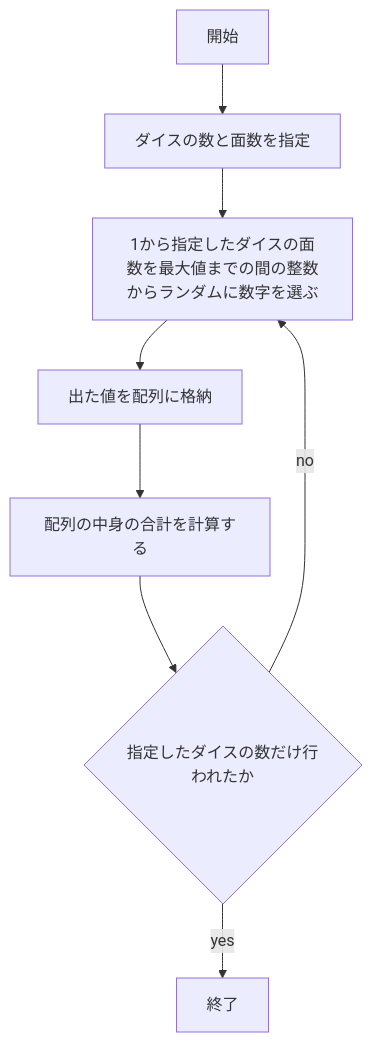
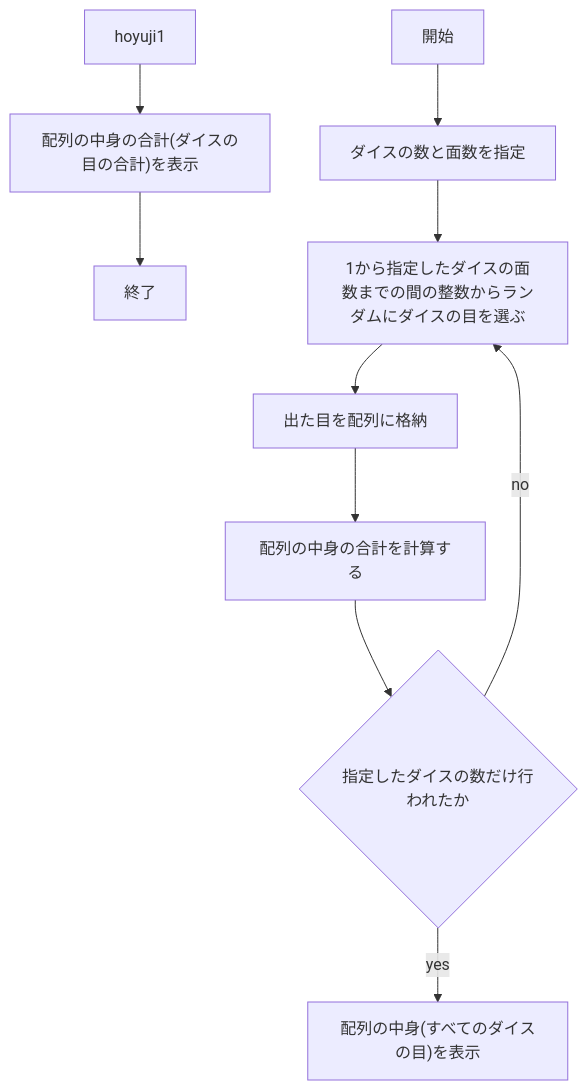
One commit to kanayuu0404/webpro_06 changed the second of 2 diagrams in README.md. Above: the diagram before and after it, drawn with Mermaid. The commit also changed other lines of this file, not shown here.

Commit message:
ダイスのフローチャートに表示内容を追加+ダイスの手順の数を修正

````diff
--- a/README.md
+++ b/README.md
@@ -68,19 +68,23 @@
 ```mermaid
 flowchart TD;
 
 start["開始"];
 end1["終了"]
 sitei["ダイスの数と面数を指定"]
-roll["1から指定したダイスの面数を最大値までの間の整数からランダムに数字を選ぶ"]
-dice["出た値を配列に格納"]
+roll["1から指定したダイスの面数までの間の整数からランダムにダイスの目を選ぶ"]
+dice["出た目を配列に格納"]
 dices["配列の中身の合計を計算する"]
 if{"指定したダイスの数だけ行われたか"}
+hyouji1["配列の中身(すべてのダイスの目)を表示"]
+hyouji2["配列の中身の合計(ダイスの目の合計)を表示"]
 
 start --> sitei
 sitei --> roll
 roll --> dice
 dice --> dices
 dices --> if
-if -->|yes| end1
+if -->|yes| hyouji1
 if -->|no| roll
+hoyuji1 --> hyouji2
+hyouji2 --> end1
 ```
````
